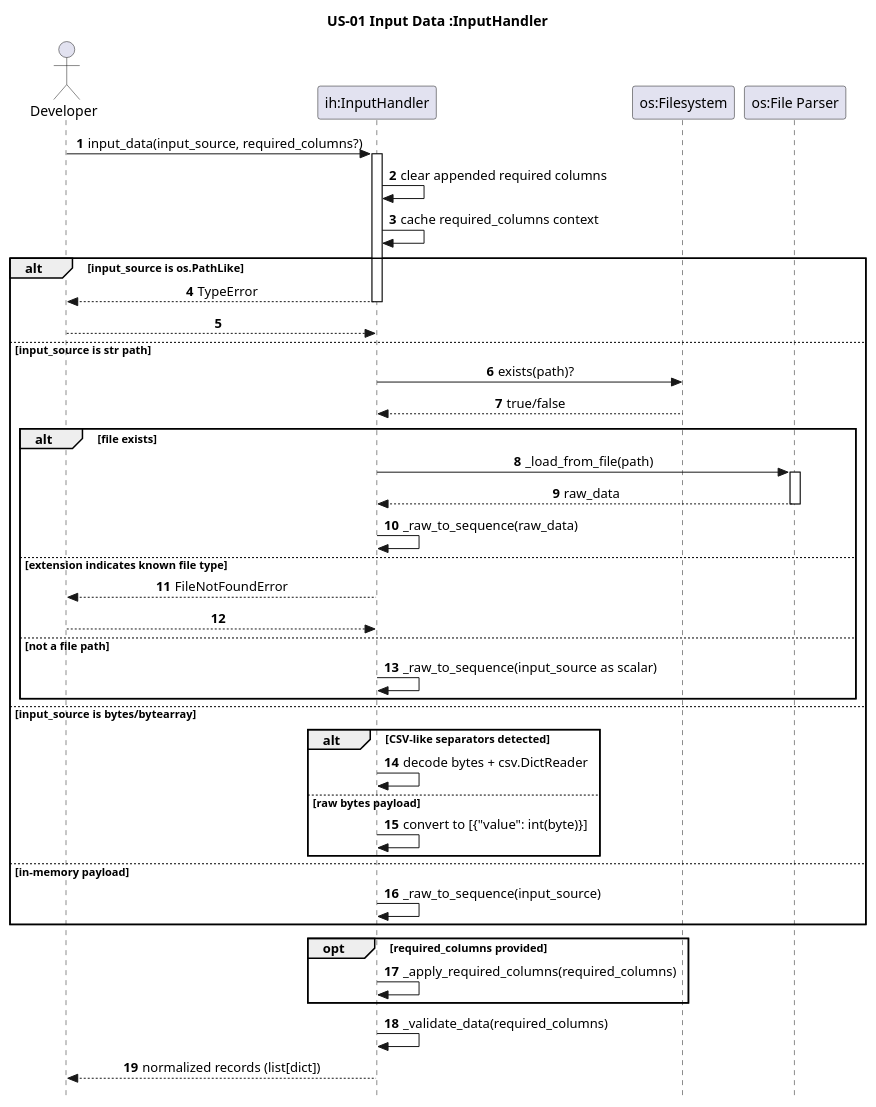
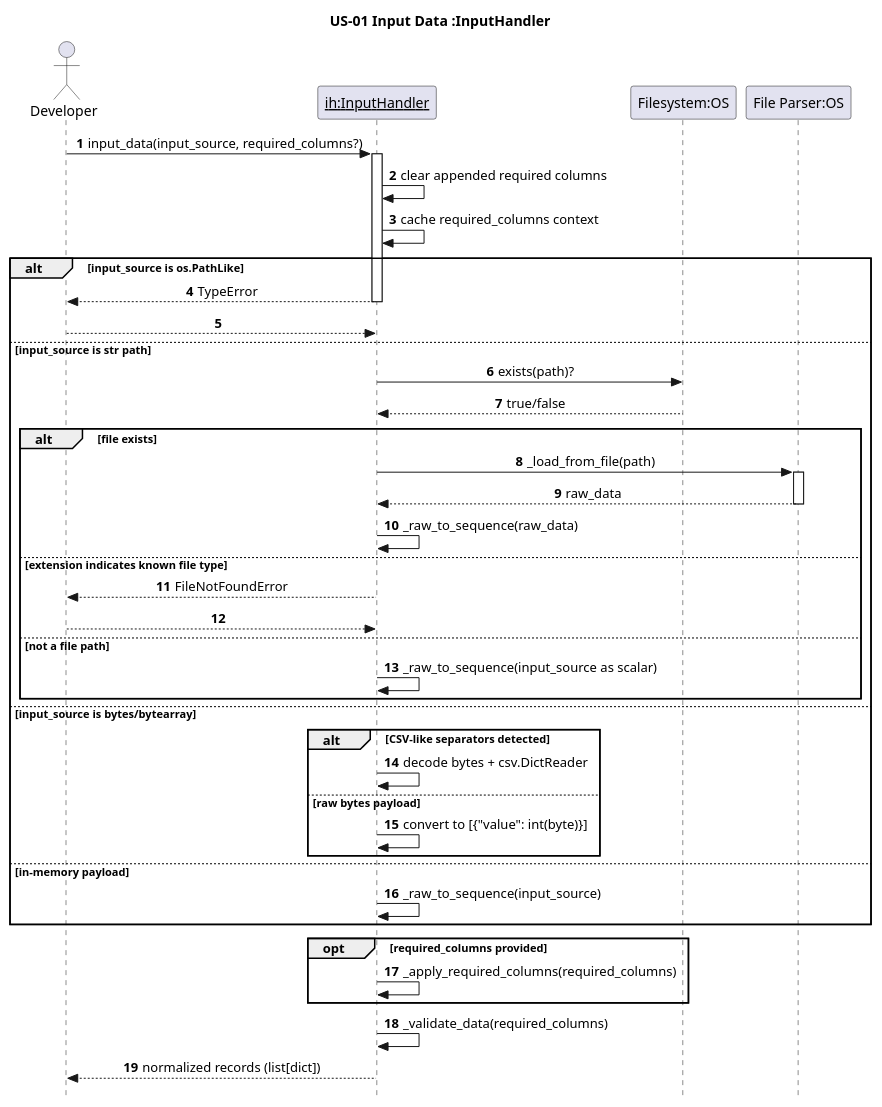
The diagram in docs/puml/US/us-01.puml (egrembocki/htmrl), drawn with PlantUML before and after one commit.

```diff
--- a/docs/puml/US/us-01.puml
+++ b/docs/puml/US/us-01.puml
@@ -1,58 +1,58 @@
 @startuml
 skinparam style strictuml
 skinparam sequenceMessageAlign center
 skinparam responseMessageBelowArrow true
 autonumber
 
 title US-01 Input Data :InputHandler
 
 actor Developer
-participant "ih:InputHandler" as IH
-participant "os:Filesystem" as FS
-participant "os:File Parser" as Parser
+participant "<u>ih:InputHandler</u>" as IH
+participant "Filesystem:OS" as FS
+participant "File Parser:OS" as Parser
 
 Developer -> IH: input_data(input_source, required_columns?)
 activate IH
 IH -> IH: clear appended required columns
 IH -> IH: cache required_columns context
 
 alt input_source is os.PathLike
   IH --> Developer: TypeError
   deactivate IH
   return
 else input_source is str path
   IH -> FS: exists(path)?
   FS --> IH: true/false
 
   alt file exists
     IH -> Parser: _load_from_file(path)
     activate Parser
     Parser --> IH: raw_data
     deactivate Parser
     IH -> IH: _raw_to_sequence(raw_data)
   else extension indicates known file type
     IH --> Developer: FileNotFoundError
     deactivate IH
     return
   else not a file path
     IH -> IH: _raw_to_sequence(input_source as scalar)
   end
 else input_source is bytes/bytearray
   alt CSV-like separators detected
     IH -> IH: decode bytes + csv.DictReader
   else raw bytes payload
     IH -> IH: convert to [{"value": int(byte)}]
   end
 else in-memory payload
   IH -> IH: _raw_to_sequence(input_source)
 end
 
 opt required_columns provided
   IH -> IH: _apply_required_columns(required_columns)
 end
 
 IH -> IH: _validate_data(required_columns)
 IH --> Developer: normalized records (list[dict])
 
 deactivate IH
 @enduml
```
